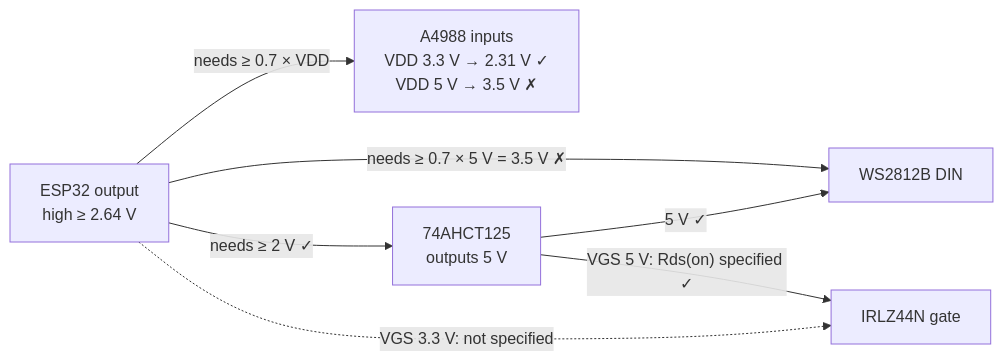
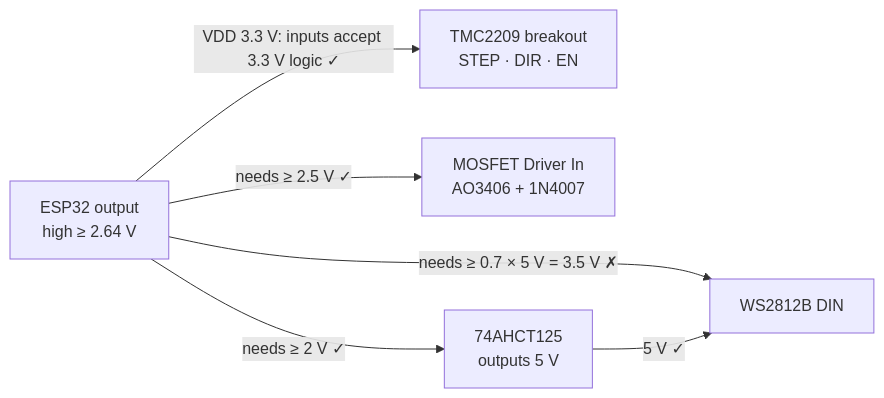
The first of 9 diagrams in docs/rig-guide.md (gilrvrv-design/Duet), drawn with Mermaid before and after one commit. The commit also changed other lines of this file and 2 other files, not shown here.

````diff
--- a/docs/rig-guide.md
+++ b/docs/rig-guide.md
@@ -70,10 +80,9 @@
 ```mermaid
 flowchart LR
     esp["ESP32 output<br/>high ≥ 2.64 V"]
-    esp -->|"needs ≥ 0.7 × VDD"| a4988["A4988 inputs<br/>VDD 3.3 V → 2.31 V ✓<br/>VDD 5 V → 3.5 V ✗"]
+    esp -->|"VDD 3.3 V: inputs accept 3.3 V logic ✓"| tmc["TMC2209 breakout<br/>STEP · DIR · EN"]
+    esp -->|"needs ≥ 2.5 V ✓"| mos["MOSFET Driver In<br/>AO3406 + 1N4007"]
     esp -->|"needs ≥ 0.7 × 5 V = 3.5 V ✗"| ws["WS2812B DIN"]
     esp -->|"needs ≥ 2 V ✓"| ahct["74AHCT125<br/>outputs 5 V"]
     ahct -->|"5 V ✓"| ws
-    ahct -->|"VGS 5 V: Rds(on) specified ✓"| fet["IRLZ44N gate"]
-    esp -.->|"VGS 3.3 V: not specified"| fet
 ```
````
